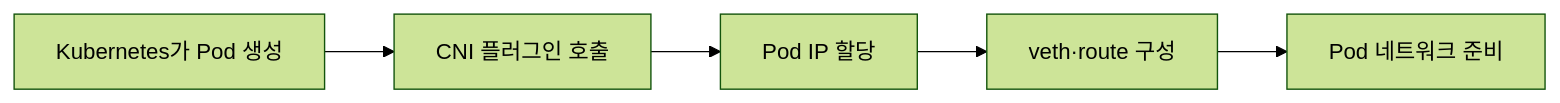
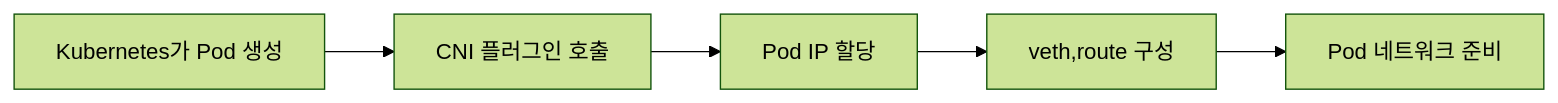
One commit to minnong511/minnong511.github.io changed the fifth of 7 diagrams in _posts/CI-CD-Docker/Docker/2026-08-17-docker-09-container-networking.md. Above: the diagram before and after it, drawn with Mermaid (forest theme). The commit also changed other lines of this file and 8 other files, not shown here.

````diff
--- a/_posts/CI-CD-Docker/Docker/2026-08-17-docker-09-container-networking.md
+++ b/_posts/CI-CD-Docker/Docker/2026-08-17-docker-09-container-networking.md
@@ -174,7 +174,7 @@
 ```mermaid
 flowchart LR
     K["Kubernetes가 Pod 생성"] --> CNI["CNI 플러그인 호출"]
     CNI --> IP["Pod IP 할당"]
-    IP --> V["veth·route 구성"]
+    IP --> V["veth,route 구성"]
     V --> READY["Pod 네트워크 준비"]
 ```
````
